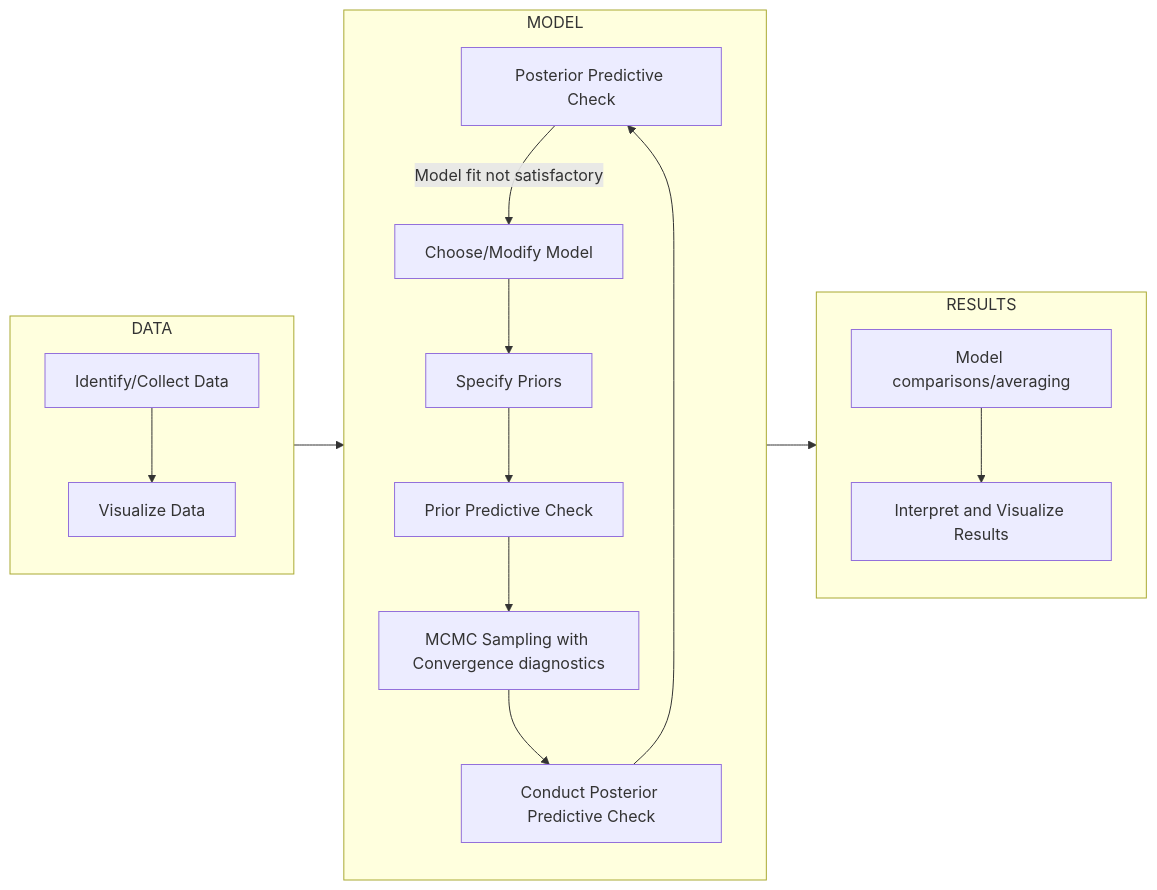
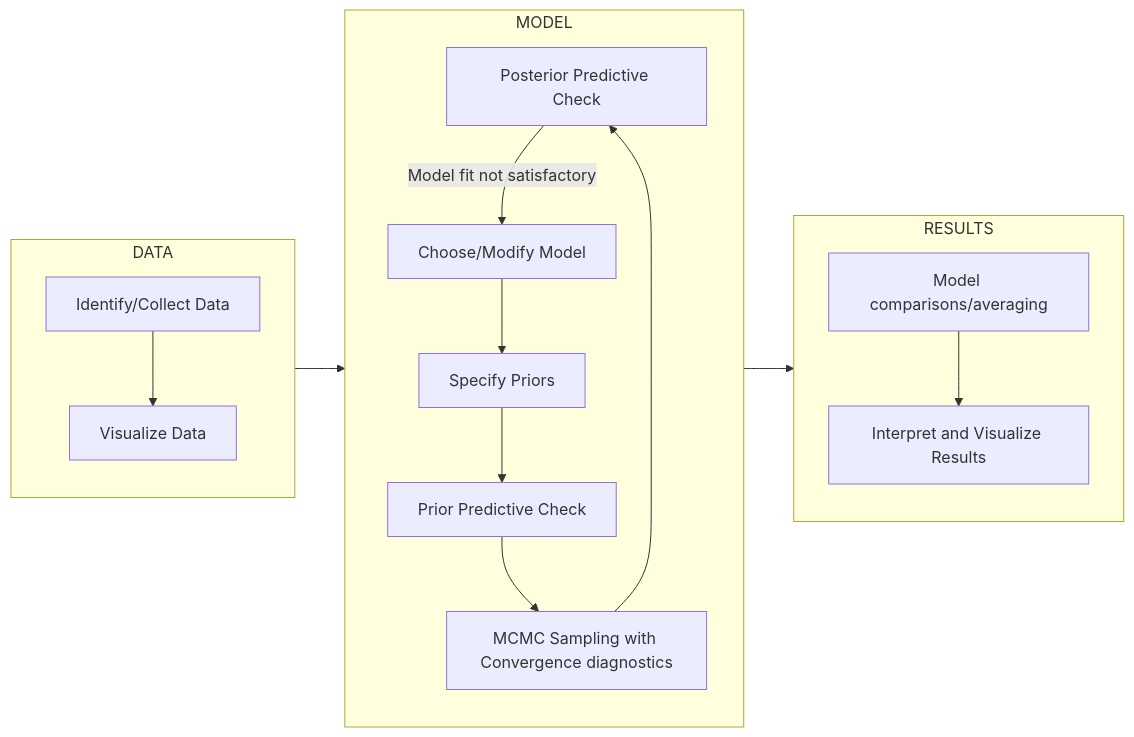
The diagram in slides/one_parameter_models.qmd (marklhc/20243-psyc573-usc), drawn with Mermaid before and after one commit. The commit also changed other lines of this file and 1 other file, not shown here.

````diff
--- a/slides/one_parameter_models.qmd
+++ b/slides/one_parameter_models.qmd
@@ -65,24 +65,23 @@
 ```{mermaid}
 %%| fig-width: 10.5
 %%| fig-height: 7
 flowchart LR
   subgraph DATA
     direction TB
     A[Identify/Collect Data] --> B[Visualize Data]
   end
     %% B --> C[Choose/Modify Model]
   subgraph MODEL
-    I -->|Model fit not satisfactory|C
+    H -->|Model fit not satisfactory|C
     C[Choose/Modify Model] --> D[Specify Priors]
     D --> E[Prior Predictive Check]
     E --> G[MCMC Sampling with Convergence diagnostics]
-    G --> H[Conduct Posterior Predictive Check]
-    H --> I[Posterior Predictive Check]
+    G --> H[Posterior Predictive Check]
   end
   subgraph RESULTS
     %% I -->|Model is reasonable|J[Model comparisons/averaging]
     J[Model comparisons/averaging] --> K[Interpret and Visualize Results]
   end
   DATA --> MODEL
   MODEL --> RESULTS
 ```
````
